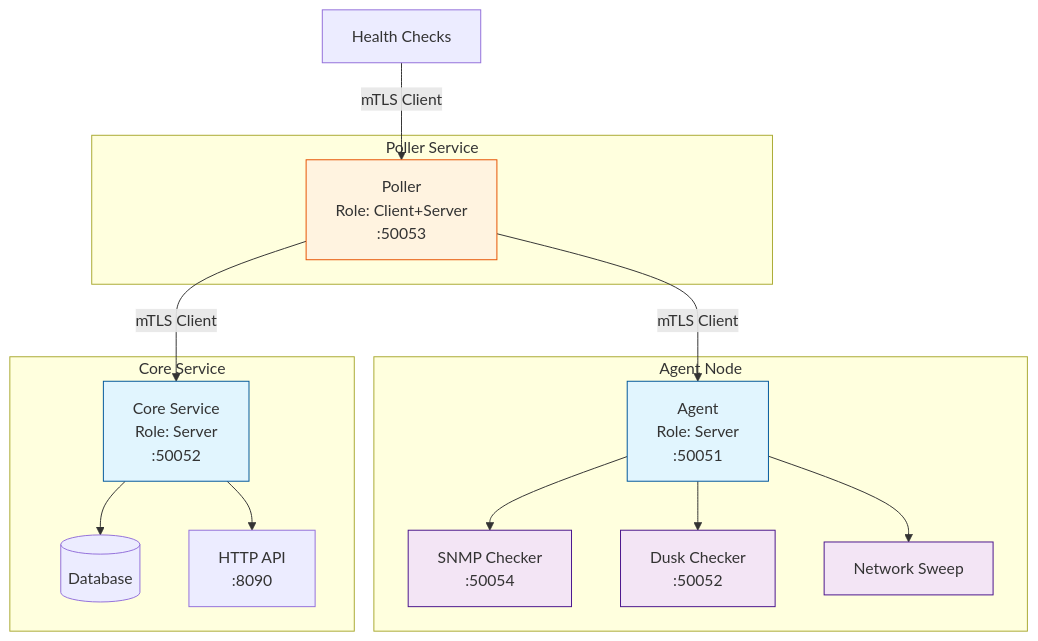
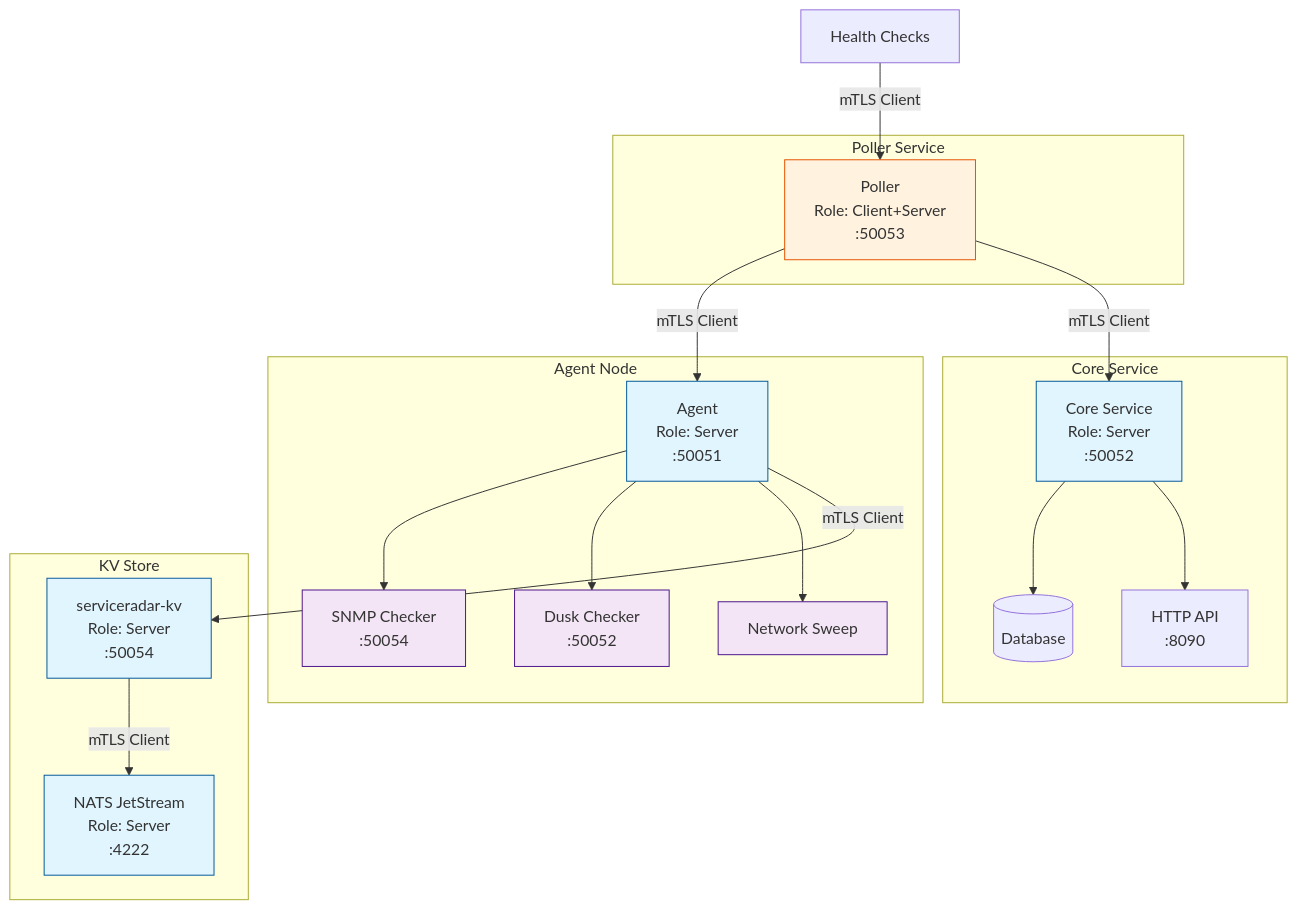
Before and after one commit to carverauto/serviceradar: the diagram in docs/docs/tls-security.md, drawn with Mermaid. The commit also changed other lines of this file and 5 other files, not shown here.

````diff
--- a/docs/docs/tls-security.md
+++ b/docs/docs/tls-security.md
@@ -14,41 +16,48 @@
 ```mermaid
 graph TB
 subgraph "Agent Node"
 AG[Agent<br/>Role: Server<br/>:50051]
 SNMPCheck[SNMP Checker<br/>:50054]
 DuskCheck[Dusk Checker<br/>:50052]
 SweepCheck[Network Sweep]
 
         AG --> SNMPCheck
         AG --> DuskCheck
         AG --> SweepCheck
     end
     
     subgraph "Poller Service"
         PL[Poller<br/>Role: Client+Server<br/>:50053]
     end
     
     subgraph "Core Service"
         CL[Core Service<br/>Role: Server<br/>:50052]
         DB[(Database)]
         API[HTTP API<br/>:8090]
         
         CL --> DB
         CL --> API
     end
     
+    subgraph "KV Store"
+        KV[serviceradar-kv<br/>Role: Server<br/>:50054]
+        NATS[NATS JetStream<br/>Role: Server<br/>:4222]
+        KV -->|mTLS Client| NATS
+        AG -->|mTLS Client| KV
+    end
+    
     %% Client connections from Poller
     PL -->|mTLS Client| AG
     PL -->|mTLS Client| CL
     
     %% Server connections to Poller
     HC1[Health Checks] -->|mTLS Client| PL
     
     classDef server fill:#e1f5fe,stroke:#01579b
     classDef client fill:#f3e5f5,stroke:#4a148c
     classDef dual fill:#fff3e0,stroke:#e65100
     
-    class AG,CL server
+    class AG,CL,KV,NATS server
     class PL dual
     class SNMPCheck,DuskCheck,SweepCheck client
 ```
````
